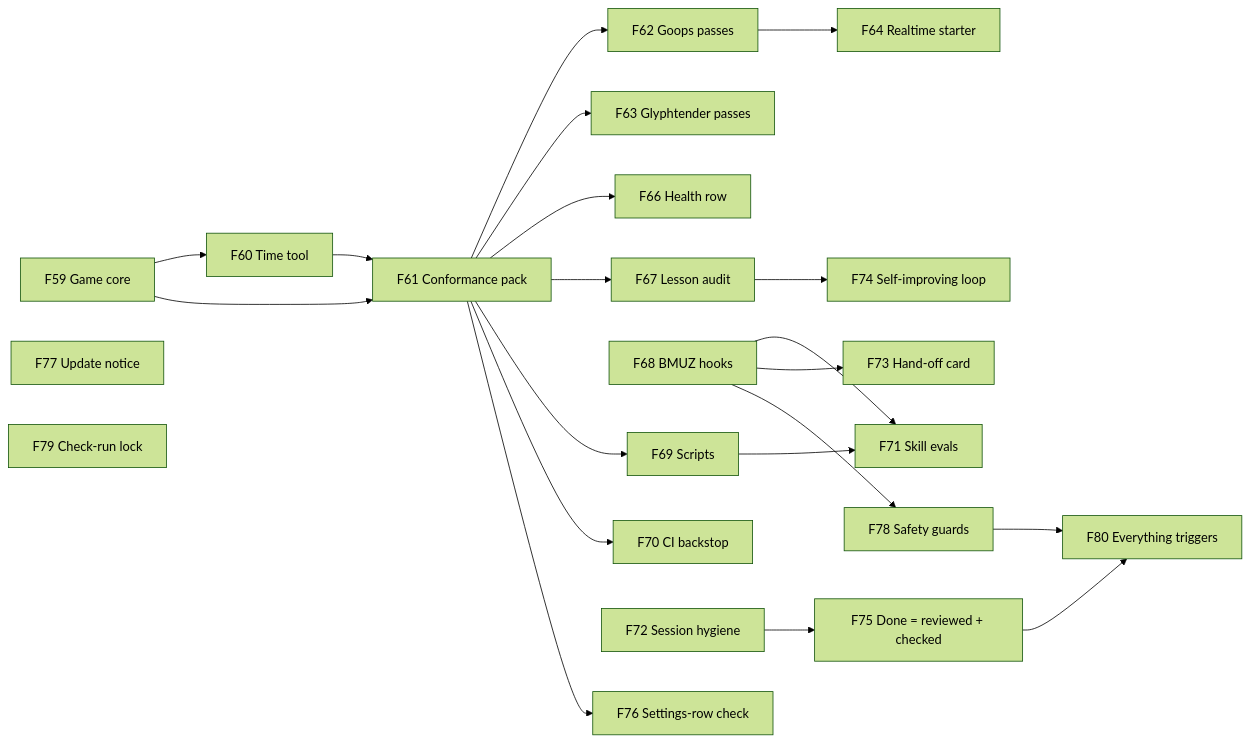
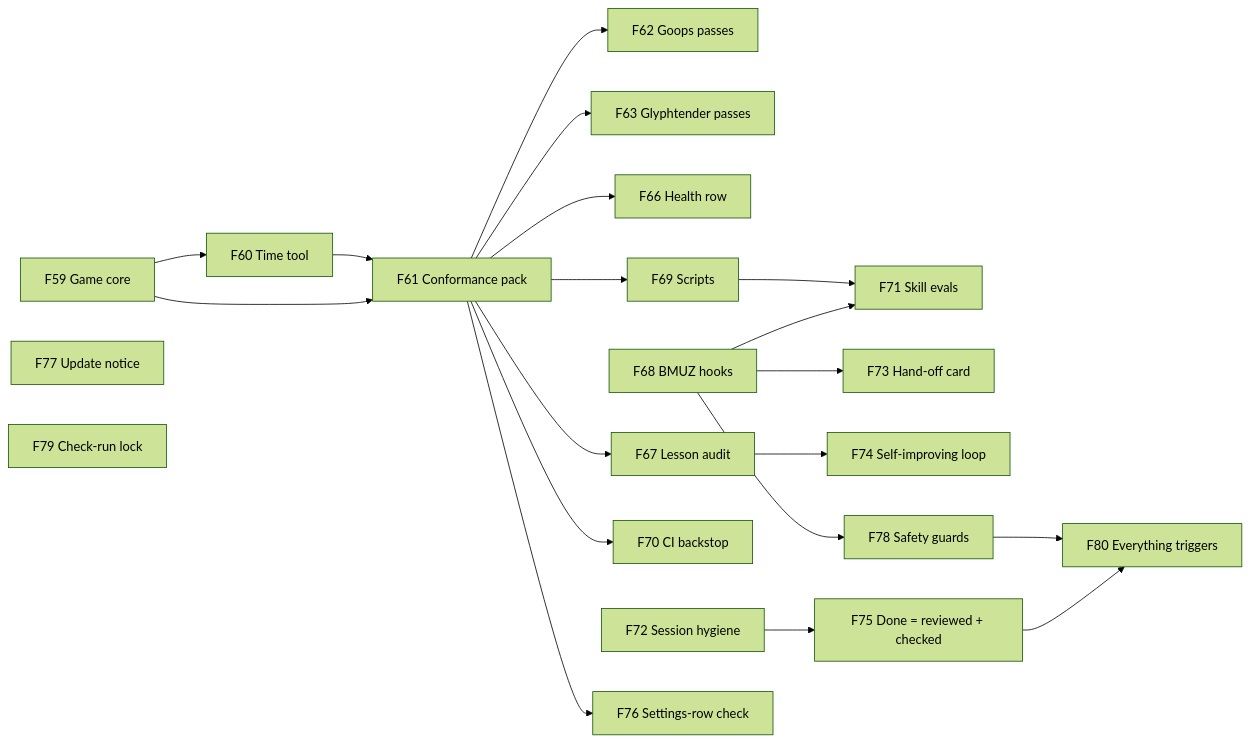
Before and after one commit to TheBlueMuzzy/framework: the seventh of 22 diagrams in .planning/ROADMAP.md, drawn with Mermaid (forest theme). The commit also changed other lines of this file, not shown here.

Commit message:
Roadmap: F59, F60, F62 ✅ (checked in the code and Goops' GitHub runs); v0.9 done; F64 realtime starter → v0.24 (framework work); slow motion → Later

````diff
--- a/.planning/ROADMAP.md
+++ b/.planning/ROADMAP.md
@@ -163,23 +162,22 @@
 ```mermaid
 flowchart LR
   F59[F59 Game core] --> F60[F60 Time tool]
   F59 --> F61[F61 Conformance pack]
   F60 --> F61
   F61 --> F62[F62 Goops passes]
   F61 --> F63[F63 Glyphtender passes]
   F61 --> F66[F66 Health row]
   F61 --> F67[F67 Lesson audit]
   F68[F68 BMUZ hooks] --> F71[F71 Skill evals]
   F68 --> F73[F73 Hand-off card]
   F67 --> F74[F74 Self-improving loop]
   F61 --> F69[F69 Scripts] --> F71
   F61 --> F70[F70 CI backstop]
-  F62 --> F64[F64 Realtime starter]
   F72[F72 Session hygiene] --> F75[F75 Done = reviewed + checked]
   F61 --> F76[F76 Settings-row check]
   F68 --> F78[F78 Safety guards]
   F77[F77 Update notice]
   F79[F79 Check-run lock]
   F75 --> F80[F80 Everything triggers]
   F78 --> F80
 ```
````
